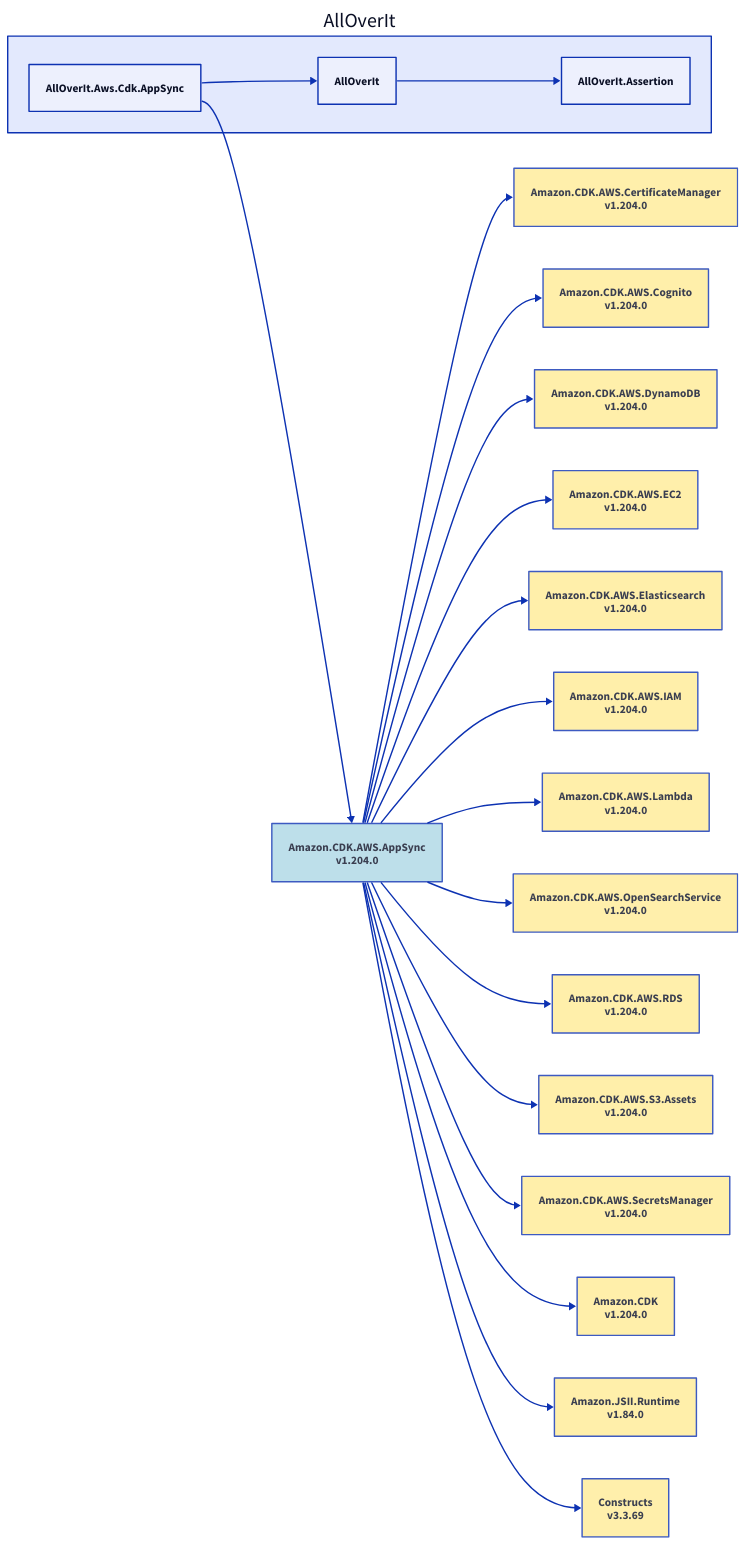
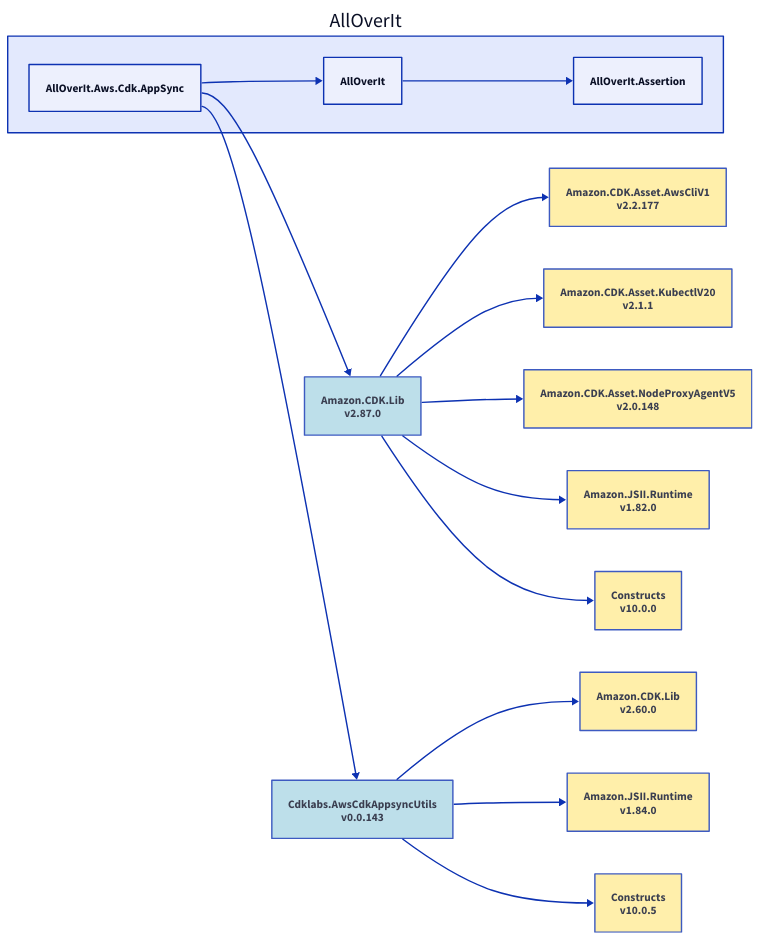
The diagram in Docs/Dependencies/alloverit-aws-cdk-appsync.d2 (nickathone/AllOverIt), drawn with D2 before and after one commit. The commit also changed 10 other files, not shown here.

Commit message:
Dependency diagram update

```diff
--- a/Docs/Dependencies/alloverit-aws-cdk-appsync.d2
+++ b/Docs/Dependencies/alloverit-aws-cdk-appsync.d2
@@ -1,68 +1,48 @@
 direction: right
 
 aoi: AllOverIt
 aoi.alloverit-aws-cdk-appsync: AllOverIt.Aws.Cdk.AppSync
-amazon-cdk-aws-appsync_1-204-0: Amazon.CDK.AWS.AppSync\nv1.204.0
-amazon-cdk-aws-appsync_1-204-0.style.fill: "#ADD8E6"
-amazon-cdk-aws-appsync_1-204-0.style.opacity: 0.8
-amazon-cdk-aws-certificatemanager_1-204-0: Amazon.CDK.AWS.CertificateManager\nv1.204.0
-amazon-cdk-aws-certificatemanager_1-204-0.style.fill: "#FFEC96"
-amazon-cdk-aws-certificatemanager_1-204-0.style.opacity: 0.8
-amazon-cdk-aws-certificatemanager_1-204-0 <- amazon-cdk-aws-appsync_1-204-0
-amazon-cdk-aws-cognito_1-204-0: Amazon.CDK.AWS.Cognito\nv1.204.0
-amazon-cdk-aws-cognito_1-204-0.style.fill: "#FFEC96"
-amazon-cdk-aws-cognito_1-204-0.style.opacity: 0.8
-amazon-cdk-aws-cognito_1-204-0 <- amazon-cdk-aws-appsync_1-204-0
-amazon-cdk-aws-dynamodb_1-204-0: Amazon.CDK.AWS.DynamoDB\nv1.204.0
-amazon-cdk-aws-dynamodb_1-204-0.style.fill: "#FFEC96"
-amazon-cdk-aws-dynamodb_1-204-0.style.opacity: 0.8
-amazon-cdk-aws-dynamodb_1-204-0 <- amazon-cdk-aws-appsync_1-204-0
-amazon-cdk-aws-ec2_1-204-0: Amazon.CDK.AWS.EC2\nv1.204.0
-amazon-cdk-aws-ec2_1-204-0.style.fill: "#FFEC96"
-amazon-cdk-aws-ec2_1-204-0.style.opacity: 0.8
-amazon-cdk-aws-ec2_1-204-0 <- amazon-cdk-aws-appsync_1-204-0
-amazon-cdk-aws-elasticsearch_1-204-0: Amazon.CDK.AWS.Elasticsearch\nv1.204.0
-amazon-cdk-aws-elasticsearch_1-204-0.style.fill: "#FFEC96"
-amazon-cdk-aws-elasticsearch_1-204-0.style.opacity: 0.8
-amazon-cdk-aws-elasticsearch_1-204-0 <- amazon-cdk-aws-appsync_1-204-0
-amazon-cdk-aws-iam_1-204-0: Amazon.CDK.AWS.IAM\nv1.204.0
-amazon-cdk-aws-iam_1-204-0.style.fill: "#FFEC96"
-amazon-cdk-aws-iam_1-204-0.style.opacity: 0.8
-amazon-cdk-aws-iam_1-204-0 <- amazon-cdk-aws-appsync_1-204-0
-amazon-cdk-aws-lambda_1-204-0: Amazon.CDK.AWS.Lambda\nv1.204.0
-amazon-cdk-aws-lambda_1-204-0.style.fill: "#FFEC96"
-amazon-cdk-aws-lambda_1-204-0.style.opacity: 0.8
-amazon-cdk-aws-lambda_1-204-0 <- amazon-cdk-aws-appsync_1-204-0
-amazon-cdk-aws-opensearchservice_1-204-0: Amazon.CDK.AWS.OpenSearchService\nv1.204.0
-amazon-cdk-aws-opensearchservice_1-204-0.style.fill: "#FFEC96"
-amazon-cdk-aws-opensearchservice_1-204-0.style.opacity: 0.8
-amazon-cdk-aws-opensearchservice_1-204-0 <- amazon-cdk-aws-appsync_1-204-0
-amazon-cdk-aws-rds_1-204-0: Amazon.CDK.AWS.RDS\nv1.204.0
-amazon-cdk-aws-rds_1-204-0.style.fill: "#FFEC96"
-amazon-cdk-aws-rds_1-204-0.style.opacity: 0.8
-amazon-cdk-aws-rds_1-204-0 <- amazon-cdk-aws-appsync_1-204-0
-amazon-cdk-aws-s3-assets_1-204-0: Amazon.CDK.AWS.S3.Assets\nv1.204.0
-amazon-cdk-aws-s3-assets_1-204-0.style.fill: "#FFEC96"
-amazon-cdk-aws-s3-assets_1-204-0.style.opacity: 0.8
-amazon-cdk-aws-s3-assets_1-204-0 <- amazon-cdk-aws-appsync_1-204-0
-amazon-cdk-aws-secretsmanager_1-204-0: Amazon.CDK.AWS.SecretsManager\nv1.204.0
-amazon-cdk-aws-secretsmanager_1-204-0.style.fill: "#FFEC96"
-amazon-cdk-aws-secretsmanager_1-204-0.style.opacity: 0.8
-amazon-cdk-aws-secretsmanager_1-204-0 <- amazon-cdk-aws-appsync_1-204-0
-amazon-cdk_1-204-0: Amazon.CDK\nv1.204.0
-amazon-cdk_1-204-0.style.fill: "#FFEC96"
-amazon-cdk_1-204-0.style.opacity: 0.8
-amazon-cdk_1-204-0 <- amazon-cdk-aws-appsync_1-204-0
+amazon-cdk-lib_2-87-0: Amazon.CDK.Lib\nv2.87.0
+amazon-cdk-lib_2-87-0.style.fill: "#ADD8E6"
+amazon-cdk-lib_2-87-0.style.opacity: 0.8
+amazon-cdk-asset-awscliv1_2-2-177: Amazon.CDK.Asset.AwsCliV1\nv2.2.177
+amazon-cdk-asset-awscliv1_2-2-177.style.fill: "#FFEC96"
+amazon-cdk-asset-awscliv1_2-2-177.style.opacity: 0.8
+amazon-cdk-asset-awscliv1_2-2-177 <- amazon-cdk-lib_2-87-0
+amazon-cdk-asset-kubectlv20_2-1-1: Amazon.CDK.Asset.KubectlV20\nv2.1.1
+amazon-cdk-asset-kubectlv20_2-1-1.style.fill: "#FFEC96"
+amazon-cdk-asset-kubectlv20_2-1-1.style.opacity: 0.8
+amazon-cdk-asset-kubectlv20_2-1-1 <- amazon-cdk-lib_2-87-0
+amazon-cdk-asset-nodeproxyagentv5_2-0-148: Amazon.CDK.Asset.NodeProxyAgentV5\nv2.0.148
+amazon-cdk-asset-nodeproxyagentv5_2-0-148.style.fill: "#FFEC96"
+amazon-cdk-asset-nodeproxyagentv5_2-0-148.style.opacity: 0.8
+amazon-cdk-asset-nodeproxyagentv5_2-0-148 <- amazon-cdk-lib_2-87-0
+amazon-jsii-runtime_1-82-0: Amazon.JSII.Runtime\nv1.82.0
+amazon-jsii-runtime_1-82-0.style.fill: "#FFEC96"
+amazon-jsii-runtime_1-82-0.style.opacity: 0.8
+amazon-jsii-runtime_1-82-0 <- amazon-cdk-lib_2-87-0
+constructs_10-0-0: Constructs\nv10.0.0
+constructs_10-0-0.style.fill: "#FFEC96"
+constructs_10-0-0.style.opacity: 0.8
+constructs_10-0-0 <- amazon-cdk-lib_2-87-0
+amazon-cdk-lib_2-87-0 <- aoi.alloverit-aws-cdk-appsync
+cdklabs-awscdkappsyncutils_0-0-143: Cdklabs.AwsCdkAppsyncUtils\nv0.0.143
+cdklabs-awscdkappsyncutils_0-0-143.style.fill: "#ADD8E6"
+cdklabs-awscdkappsyncutils_0-0-143.style.opacity: 0.8
+amazon-cdk-lib_2-60-0: Amazon.CDK.Lib\nv2.60.0
+amazon-cdk-lib_2-60-0.style.fill: "#FFEC96"
+amazon-cdk-lib_2-60-0.style.opacity: 0.8
+amazon-cdk-lib_2-60-0 <- cdklabs-awscdkappsyncutils_0-0-143
 amazon-jsii-runtime_1-84-0: Amazon.JSII.Runtime\nv1.84.0
 amazon-jsii-runtime_1-84-0.style.fill: "#FFEC96"
 amazon-jsii-runtime_1-84-0.style.opacity: 0.8
-amazon-jsii-runtime_1-84-0 <- amazon-cdk-aws-appsync_1-204-0
-constructs_3-3-69: Constructs\nv3.3.69
-constructs_3-3-69.style.fill: "#FFEC96"
-constructs_3-3-69.style.opacity: 0.8
-constructs_3-3-69 <- amazon-cdk-aws-appsync_1-204-0
-amazon-cdk-aws-appsync_1-204-0 <- aoi.alloverit-aws-cdk-appsync
+amazon-jsii-runtime_1-84-0 <- cdklabs-awscdkappsyncutils_0-0-143
+constructs_10-0-5: Constructs\nv10.0.5
+constructs_10-0-5.style.fill: "#FFEC96"
+constructs_10-0-5.style.opacity: 0.8
+constructs_10-0-5 <- cdklabs-awscdkappsyncutils_0-0-143
+cdklabs-awscdkappsyncutils_0-0-143 <- aoi.alloverit-aws-cdk-appsync
 aoi.alloverit: AllOverIt
 aoi.alloverit-assertion: AllOverIt.Assertion
 aoi.alloverit-assertion <- aoi.alloverit
 aoi.alloverit <- aoi.alloverit-aws-cdk-appsync
```
